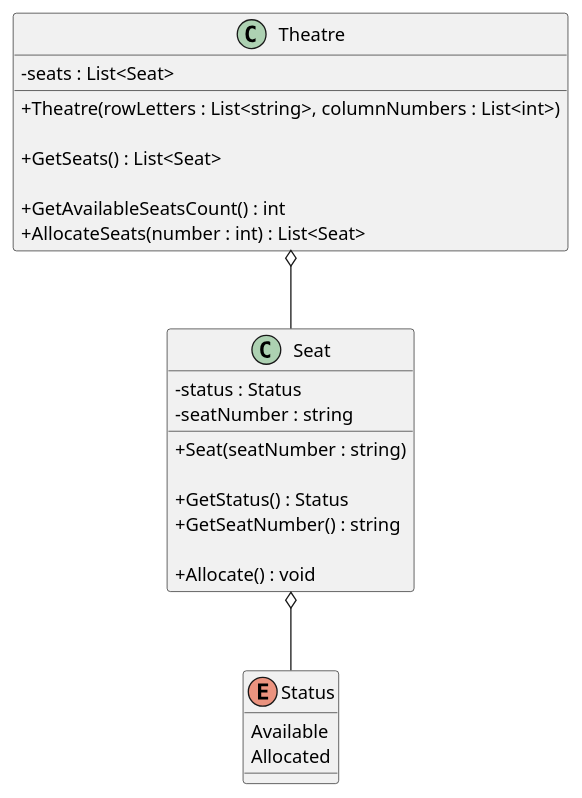
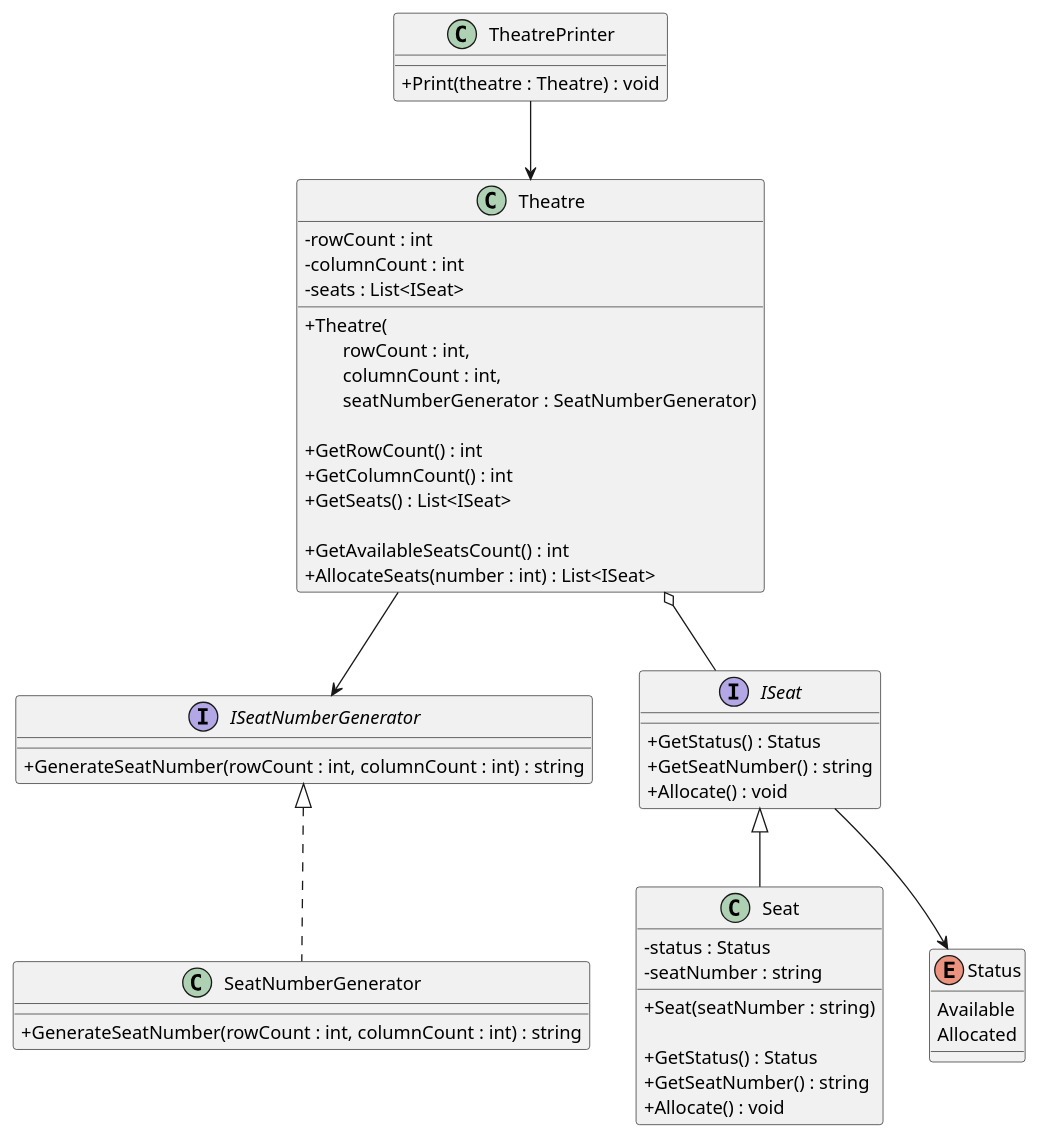
The diagram in diagrams/cinnamonCinemas.puml (iamfranco/CinnamonCinemasChallenge), drawn with PlantUML before and after one commit. The commit also changed 1 other file, not shown here.

Commit message:
UML: add TheatrePrinter, SeatNumberGenerator classes with interfaces

```diff
--- a/diagrams/cinnamonCinemas.puml
+++ b/diagrams/cinnamonCinemas.puml
@@ -1,35 +1,66 @@
 @startuml "cinnamon cinemas"
 skinparam ClassAttributeIconSize 0
 
+class TheatrePrinter {
+    + Print(theatre : Theatre) : void
+}
+
+interface ISeatNumberGenerator {
+    + GenerateSeatNumber(rowCount : int, columnCount : int) : string
+}
+
+class SeatNumberGenerator {
+    + GenerateSeatNumber(rowCount : int, columnCount : int) : string
+}
+
 class Theatre {
-    - seats : List<Seat>
+    - rowCount : int
+    - columnCount : int
+    - seats : List<ISeat>
 
-    + Theatre(rowLetters : List<string>, columnNumbers : List<int>)
+    + Theatre(\n\
+        rowCount : int, \n\
+        columnCount : int, \n\
+        seatNumberGenerator : SeatNumberGenerator)
 
-    + GetSeats() : List<Seat>
+    + GetRowCount() : int
+    + GetColumnCount() : int
+    + GetSeats() : List<ISeat>
 
     + GetAvailableSeatsCount() : int
-    + AllocateSeats(number : int) : List<Seat>
+    + AllocateSeats(number : int) : List<ISeat>
+}
+
+interface ISeat {
+    + GetStatus() : Status
+    + GetSeatNumber() : string
+    + Allocate() : void
 }
 
 class Seat {
     - status : Status
     - seatNumber : string
 
     + Seat(seatNumber : string)
 
     + GetStatus() : Status
     + GetSeatNumber() : string
-
     + Allocate() : void
 }
 
 Enum Status {
     Available
     Allocated
 }
 
-Theatre o-- Seat
-Seat o-- Status
+TheatrePrinter --> Theatre
+Theatre o-- ISeat
+Theatre --> ISeatNumberGenerator
+
+ISeatNumberGenerator <|.. SeatNumberGenerator
+
+ISeat --> Status
+
+ISeat <|-- Seat
 
 @enduml
```
